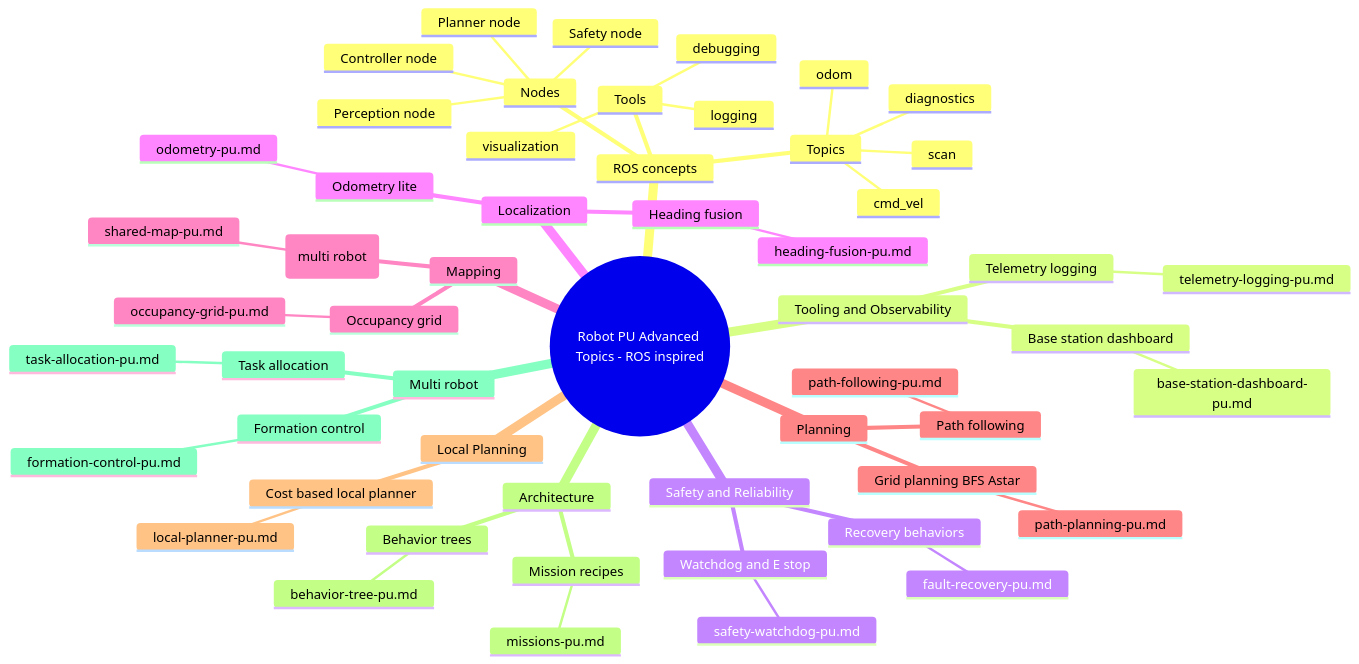
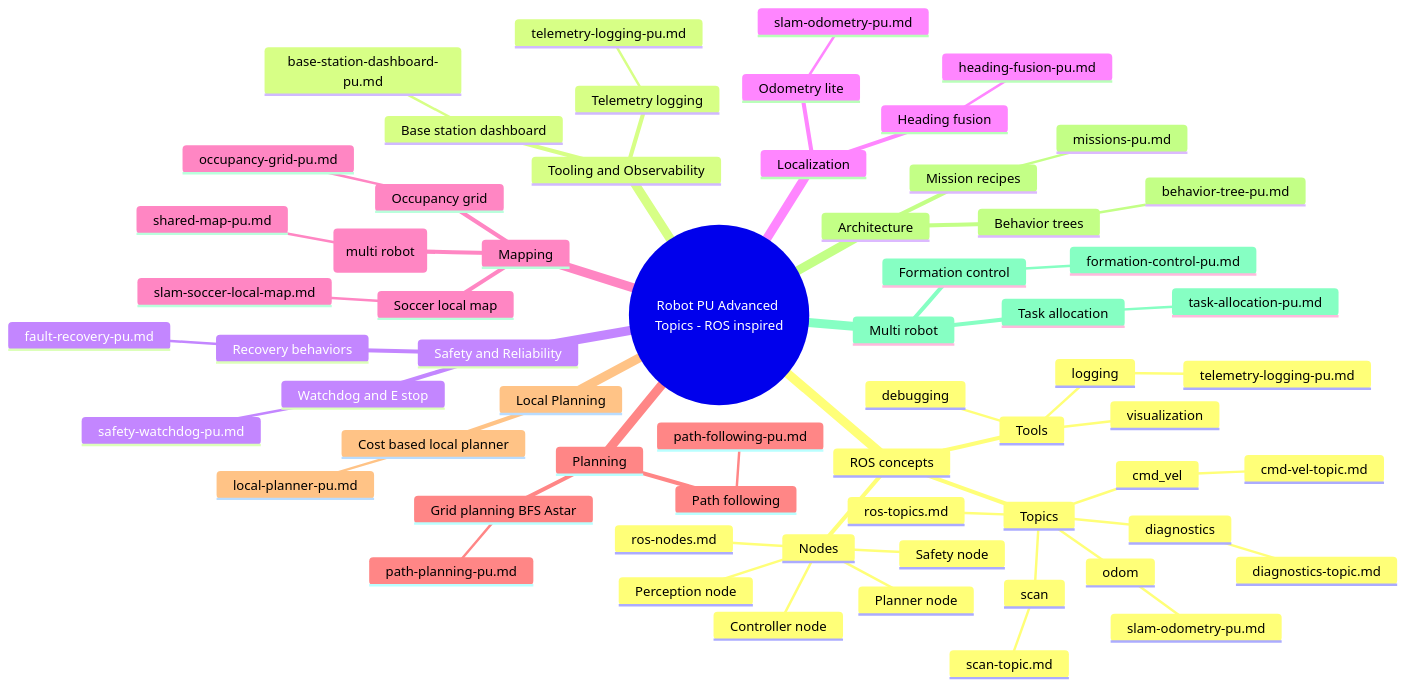
Before and after one commit to robotgyms/pxt-robotpu: the diagram in tutorials/JavaScripts/advanced-ros-mindmap.mmd, drawn with Mermaid. The commit also changed 6 other files, not shown here.

```diff
--- a/tutorials/JavaScripts/advanced-ros-mindmap.mmd
+++ b/tutorials/JavaScripts/advanced-ros-mindmap.mmd
@@ -1,55 +1,64 @@
 mindmap
   root((Robot PU Advanced Topics - ROS inspired))
     ROS concepts
       Nodes
+        ros-nodes.md
         Perception node
         Planner node
         Controller node
         Safety node
       Topics
+        ros-topics.md
         odom
+          slam-odometry-pu.md
         scan
+          scan-topic.md
         cmd_vel
+          cmd-vel-topic.md
         diagnostics
+          diagnostics-topic.md
       Tools
         visualization
         logging
+          telemetry-logging-pu.md
         debugging
     Tooling and Observability
       Telemetry logging
         telemetry-logging-pu.md
       Base station dashboard
         base-station-dashboard-pu.md
     Safety and Reliability
       Watchdog and E stop
         safety-watchdog-pu.md
       Recovery behaviors
         fault-recovery-pu.md
     Localization
       Odometry lite
-        odometry-pu.md
+        slam-odometry-pu.md
       Heading fusion
         heading-fusion-pu.md
     Mapping
       Occupancy grid
         occupancy-grid-pu.md
       Shared map (multi robot)
         shared-map-pu.md
+      Soccer local map
+        slam-soccer-local-map.md
     Planning
       Grid planning BFS Astar
         path-planning-pu.md
       Path following
         path-following-pu.md
     Local Planning
       Cost based local planner
         local-planner-pu.md
     Architecture
       Behavior trees
         behavior-tree-pu.md
       Mission recipes
         missions-pu.md
     Multi robot
       Task allocation
         task-allocation-pu.md
       Formation control
         formation-control-pu.md
```
